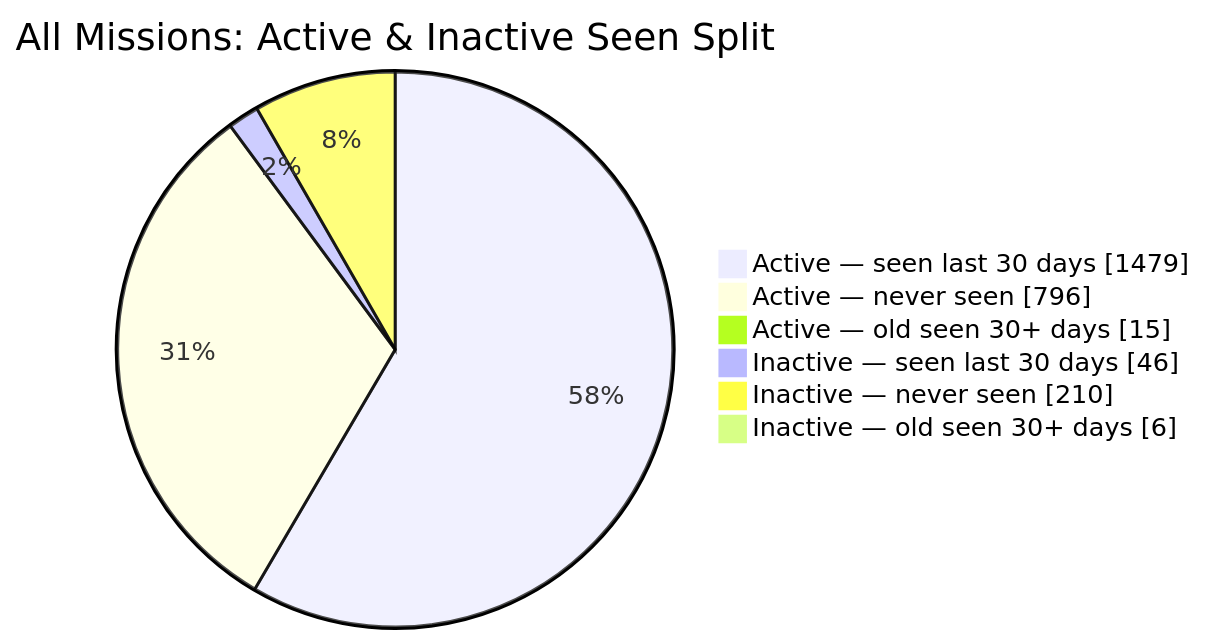
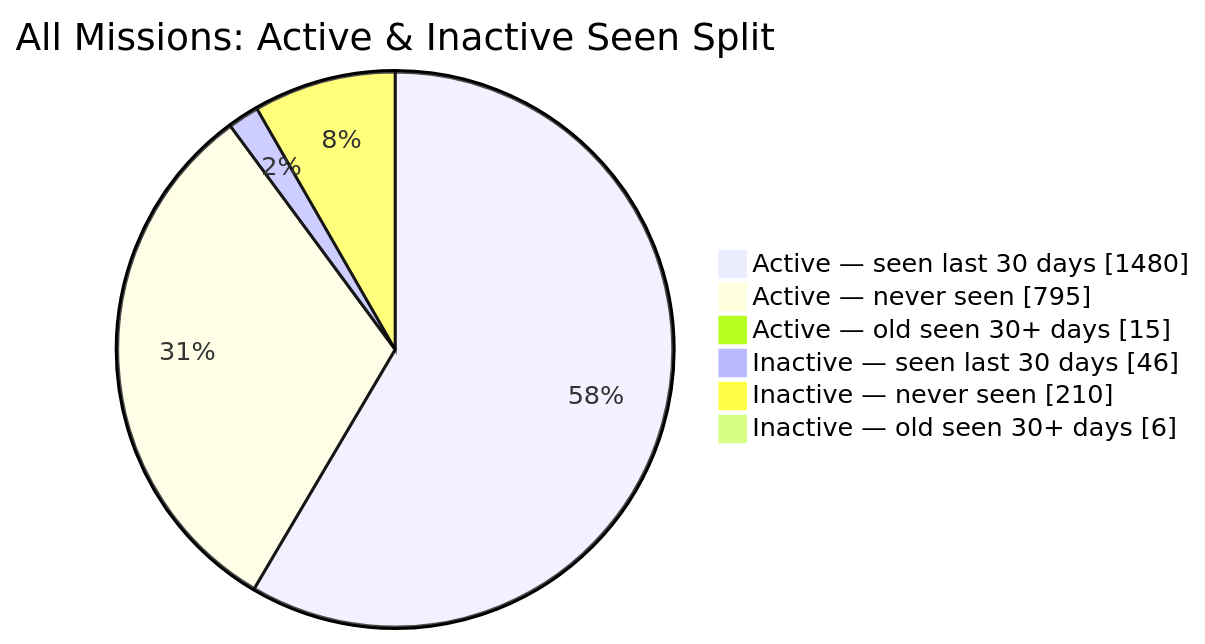
Before and after one commit to MeldkamerspelGameTeam/active-missions: the second of 2 diagrams in README.md, drawn with Mermaid. The commit also changed other lines of this file and 2 other files, not shown here.

````diff
--- a/README.md
+++ b/README.md
@@ -44,10 +44,10 @@
 ```mermaid
 pie showData
     title All Missions: Active & Inactive Seen Split
-    "Active — seen last 30 days" : 1479
-    "Active — never seen" : 796
+    "Active — seen last 30 days" : 1480
+    "Active — never seen" : 795
     "Active — old seen 30+ days" : 15
     "Inactive — seen last 30 days" : 46
     "Inactive — never seen" : 210
     "Inactive — old seen 30+ days" : 6
 ```
````
